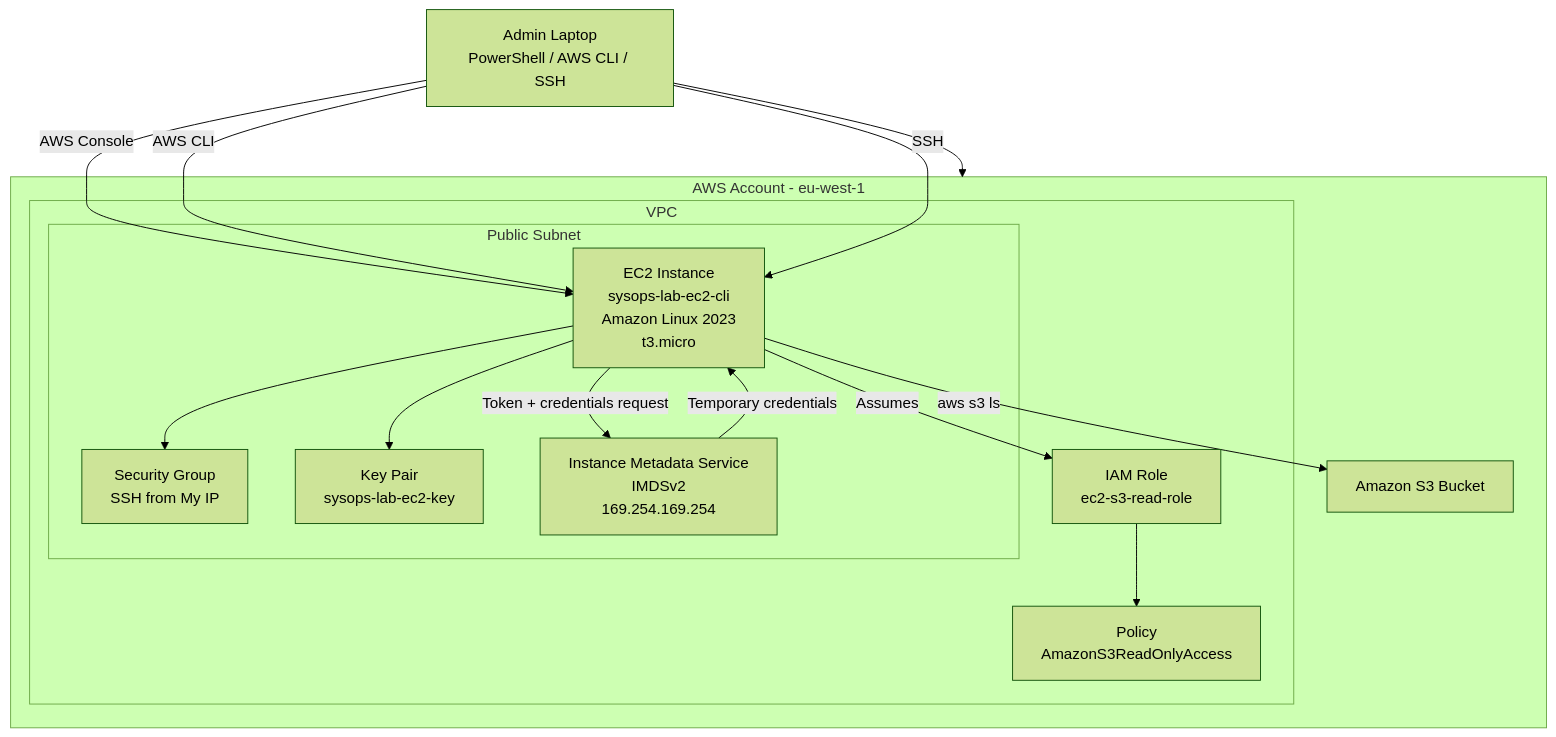
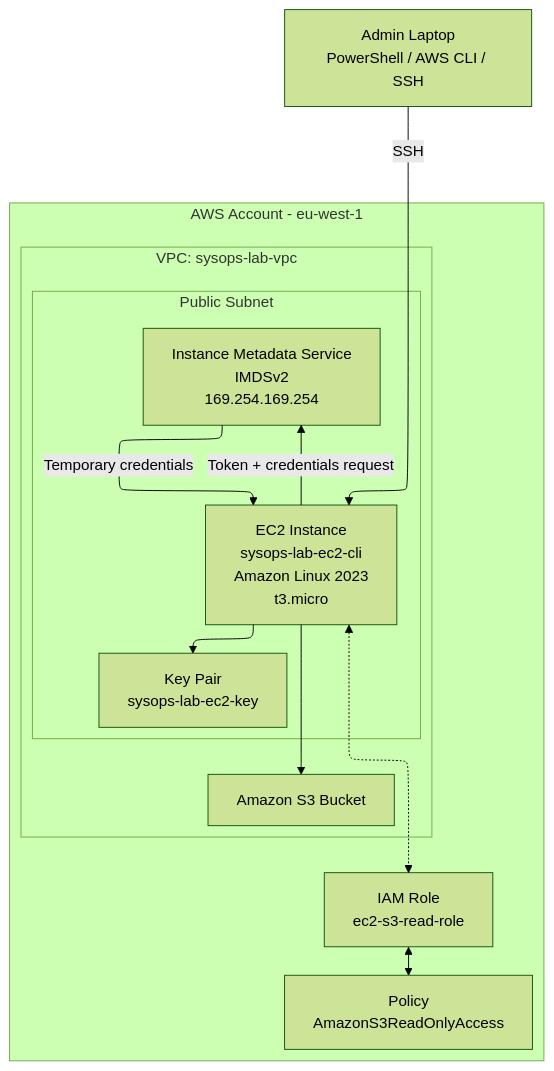
Before and after one commit to lukesearchwell/aws-sysops-labs: the diagram in ec2-iam-lab/notes.md, drawn with Mermaid (forest theme). The commit also changed other lines of this file, not shown here.

Commit message:
Refactor flowchart in notes.md for better clarity
Updated the flowchart to improve clarity and structure, removing unnecessary subgraphs and enhancing the layout.

````diff
--- a/ec2-iam-lab/notes.md
+++ b/ec2-iam-lab/notes.md
@@ -3,32 +2,27 @@
 ```mermaid
-flowchart TD
-    A[Admin Laptop<br/>PowerShell / AWS CLI / SSH] --> B[AWS Account<br/>eu-west-1]
-
-    subgraph B [AWS Account - eu-west-1]
-        subgraph VPC [VPC]
-            subgraph PUB [Public Subnet]
-                EC2[EC2 Instance<br/>sysops-lab-ec2-cli<br/>Amazon Linux 2023<br/>t3.micro]
-                SG[Security Group<br/>SSH from My IP]
-                KP[Key Pair<br/>sysops-lab-ec2-key]
-                IMDS[Instance Metadata Service<br/>IMDSv2<br/>169.254.169.254]
-            end
-
-            ROLE[IAM Role<br/>ec2-s3-read-role]
-            POLICY[Policy<br/>AmazonS3ReadOnlyAccess]
-        end
-
-        S3[Amazon S3 Bucket]
-    end
-
-    A -->|AWS Console| EC2
-    A -->|AWS CLI| EC2
-    A -->|SSH| EC2
-
-    EC2 --> SG
-    EC2 --> KP
-    EC2 -->|Assumes| ROLE
-    ROLE --> POLICY
-    EC2 -->|Token + credentials request| IMDS
-    IMDS -->|Temporary credentials| EC2
-    EC2 -->|aws s3 ls| S3
-```
+---
+config:
+  layout: elk
+---
+flowchart TB
+ subgraph PUB["Public Subnet"]
+        EC2["EC2 Instance<br>sysops-lab-ec2-cli<br>Amazon Linux 2023<br>t3.micro"]
+        KP["Key Pair<br>sysops-lab-ec2-key"]
+        IMDS["Instance Metadata Service<br>IMDSv2<br>169.254.169.254"]
+  end
+ subgraph VPC["VPC: sysops-lab-vpc"]
+        S3["Amazon S3 Bucket"]
+        PUB
+  end
+ subgraph B["AWS Account - eu-west-1"]
+        ROLE["IAM Role<br>ec2-s3-read-role"]
+        POLICY["Policy<br>AmazonS3ReadOnlyAccess"]
+        VPC
+  end
+    A["Admin Laptop<br>PowerShell / AWS CLI / SSH"] -- SSH --> EC2
+    EC2 --> KP & S3
+    EC2 <-.-> ROLE
+    ROLE <--> POLICY
+    EC2 -- Token + credentials request --> IMDS
+    IMDS -- Temporary credentials --> EC2
+```    
````
